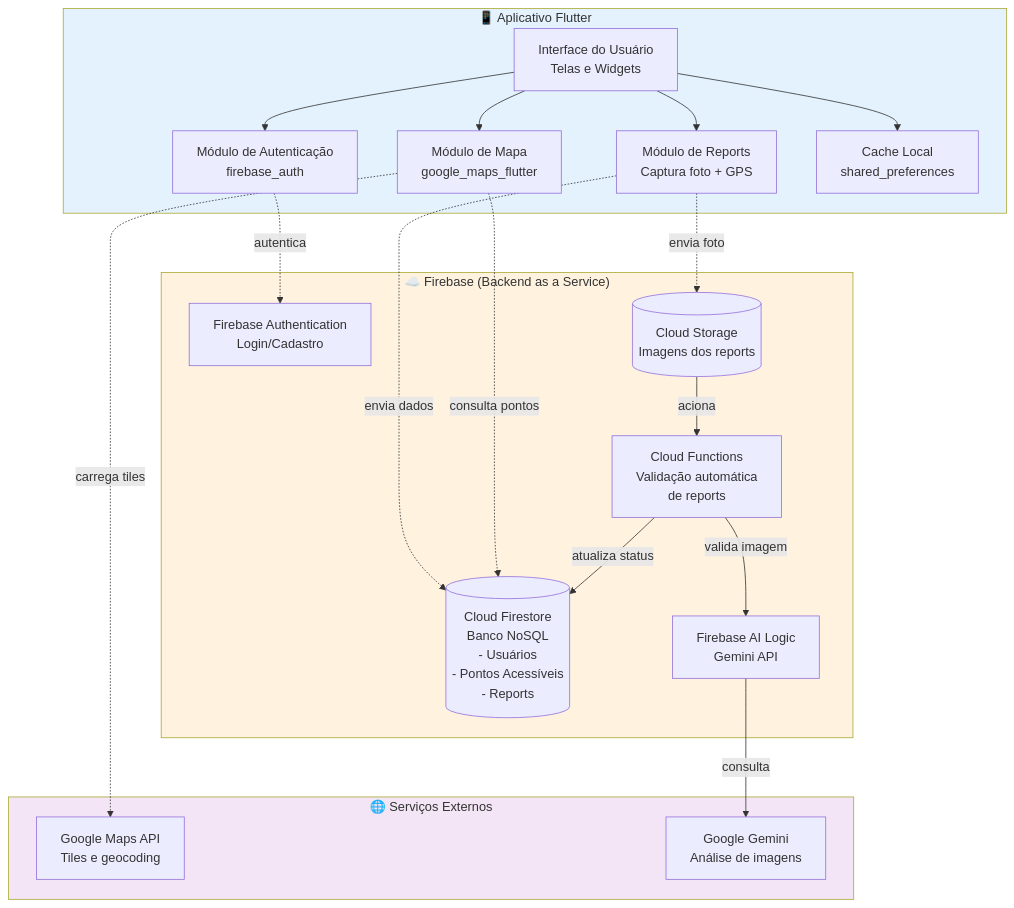
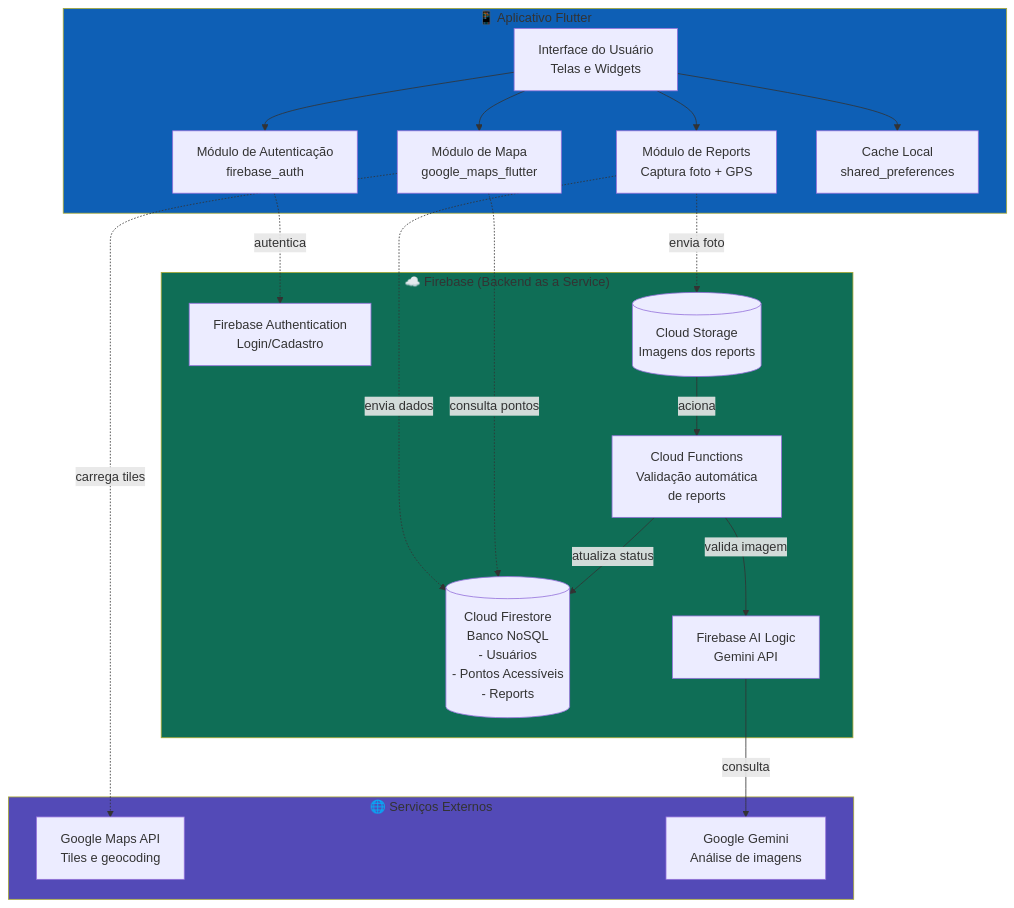
The diagram in docs/01-diagrama-componentes.md (oficialvzi/cadei-rotas), drawn with Mermaid before and after one commit. The commit also changed 1 other file, not shown here.

Commit message:
muda as cores dos diagramas

````diff
--- a/docs/01-diagrama-componentes.md
+++ b/docs/01-diagrama-componentes.md
@@ -14,43 +14,43 @@
 ```mermaid
 flowchart TB
     subgraph Cliente["📱 Aplicativo Flutter"]
         UI[Interface do Usuário<br/>Telas e Widgets]
         MAPA[Módulo de Mapa<br/>google_maps_flutter]
         AUTH_C[Módulo de Autenticação<br/>firebase_auth]
         REPORT[Módulo de Reports<br/>Captura foto + GPS]
         CACHE[Cache Local<br/>shared_preferences]
         
         UI --> MAPA
         UI --> AUTH_C
         UI --> REPORT
         UI --> CACHE
     end
 
     subgraph Firebase["☁️ Firebase (Backend as a Service)"]
         AUTH_S[Firebase Authentication<br/>Login/Cadastro]
         FIRESTORE[(Cloud Firestore<br/>Banco NoSQL<br/>- Usuários<br/>- Pontos Acessíveis<br/>- Reports)]
         STORAGE[(Cloud Storage<br/>Imagens dos reports)]
         AI[Firebase AI Logic<br/>Gemini API]
         FUNCTIONS[Cloud Functions<br/>Validação automática<br/>de reports]
     end
 
     subgraph Externos["🌐 Serviços Externos"]
         GMAPS[Google Maps API<br/>Tiles e geocoding]
         GEMINI[Google Gemini<br/>Análise de imagens]
     end
 
     AUTH_C -.->|autentica| AUTH_S
     REPORT -.->|envia dados| FIRESTORE
     REPORT -.->|envia foto| STORAGE
     MAPA -.->|consulta pontos| FIRESTORE
     MAPA -.->|carrega tiles| GMAPS
     
     STORAGE -->|aciona| FUNCTIONS
     FUNCTIONS -->|valida imagem| AI
     AI -->|consulta| GEMINI
     FUNCTIONS -->|atualiza status| FIRESTORE
 
-    style Cliente fill:#e3f2fd
-    style Firebase fill:#fff3e0
-    style Externos fill:#f3e5f5
+    style Cliente fill:#0E5FB5
+    style Firebase fill:#0F6E56
+    style Externos fill:#534AB7
 ```
````
